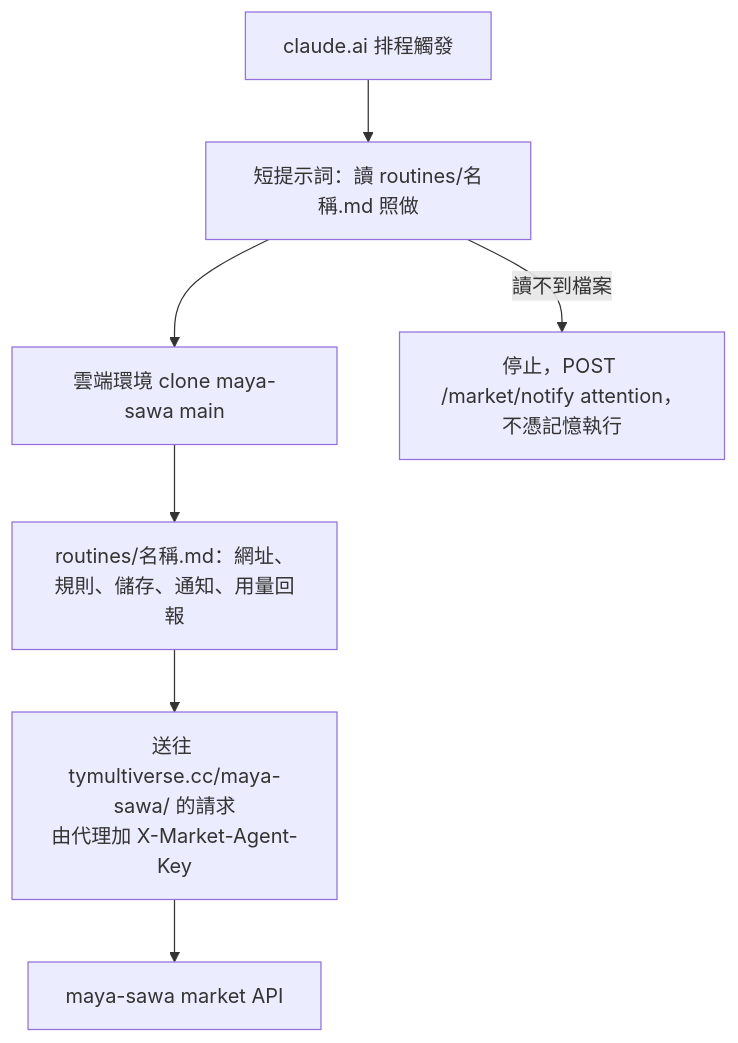
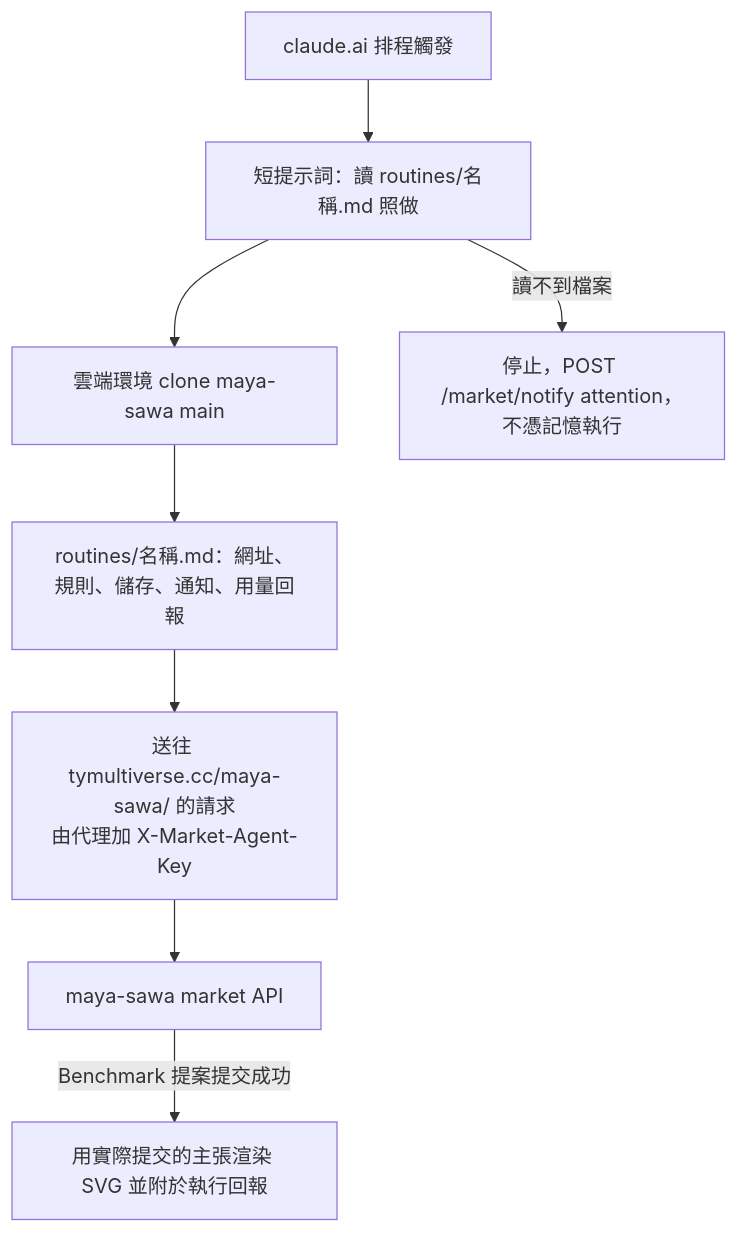
The first of 3 diagrams in docs/ROUTINE_PROMPTS.md (Vinskao/maya-sawa), drawn with Mermaid before and after one commit. The commit also changed other lines of this file and 3 other files, not shown here.

Commit message:
Attach rendered claim diagrams to Benchmark extraction runs

````diff
--- a/docs/ROUTINE_PROMPTS.md
+++ b/docs/ROUTINE_PROMPTS.md
@@ -12,9 +12,10 @@
 ```mermaid
 flowchart TD
     Cron[claude.ai 排程觸發] --> Stub[短提示詞：讀 routines/名稱.md 照做]
     Stub --> Clone[雲端環境 clone maya-sawa main]
     Clone --> File[routines/名稱.md：網址、規則、儲存、通知、用量回報]
     File --> Proxy[送往 tymultiverse.cc/maya-sawa/ 的請求<br/>由代理加 X-Market-Agent-Key]
     Proxy --> API[maya-sawa market API]
+    API -->|Benchmark 提案提交成功| ClaimGraph[用實際提交的主張渲染 SVG 並附於執行回報]
     Stub -->|讀不到檔案| Stop[停止，POST /market/notify attention，不憑記憶執行]
 ```
````
